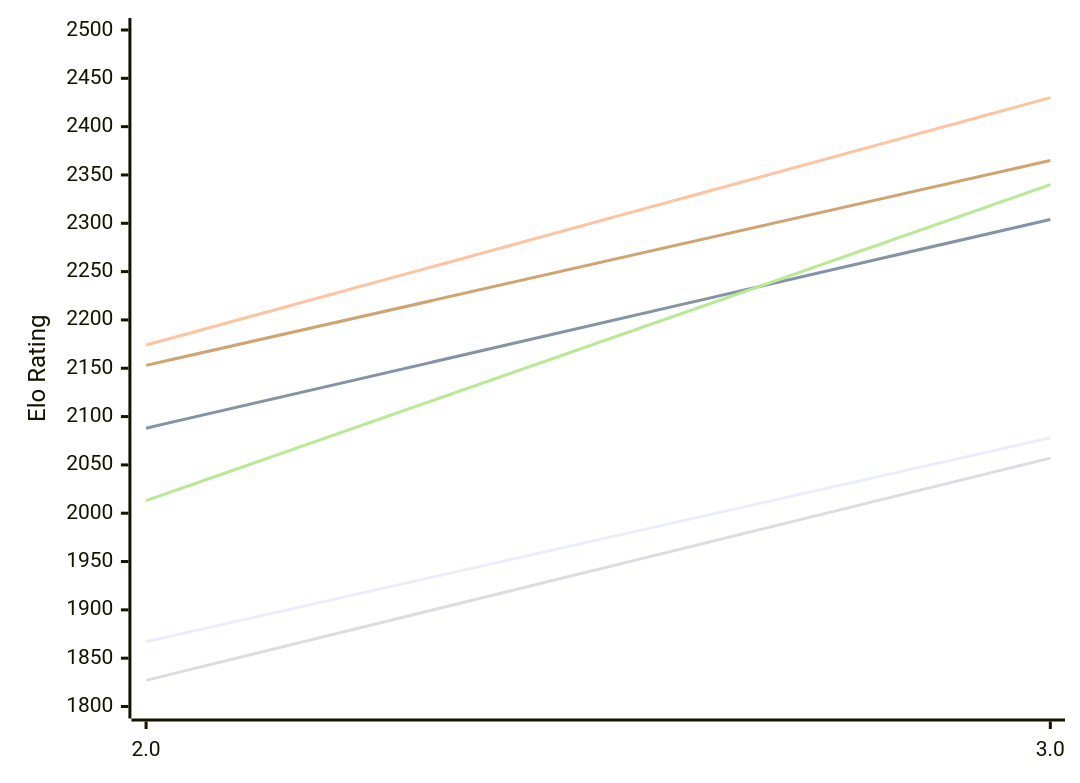
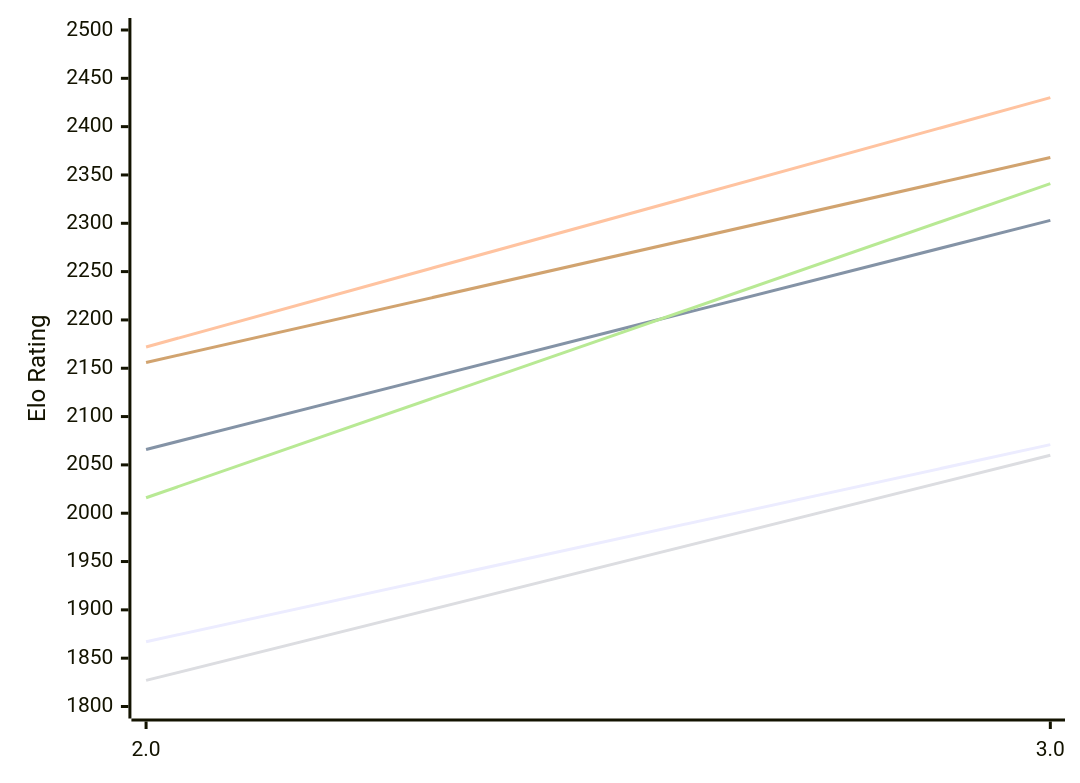
Before and after one commit to computer-chess-index/cci: the first of 2 diagrams in engines/Zeno.md, drawn with Mermaid. The commit also changed other lines of this file, not shown here.

Commit message:
Update CCI Ratings (ELO VLTC) - 2026-11-28

````diff
--- a/engines/Zeno.md
+++ b/engines/Zeno.md
@@ -50,12 +50,12 @@
 ```mermaid
 %%{init: {"theme":"base","themeVariables":{"seriesColors:['#a3a3a3','#222221','#faa371']}}}%%
 xychart-beta
   x-axis ["2.0", "3.0"]
   y-axis "Elo Rating" 1800 --> 2500
-  line "E1: STC (8.0+0.08s)" [1867, 2078]
-  line "E1: LTC (60.0+0.60s)" [2088, 2304]
-  line "E1: VLTC (2m24s+1.12s)" [2174, 2430]
-  line "P1: STC (8.0+0.08s)" [1827, 2057]
-  line "P1: LTC (60.0+0.60s)" [2013, 2340]
-  line "P1: VLTC (2m24s+1.12s)" [2153, 2365]
+  line "E1: STC (8.0+0.08s)" [1867, 2071]
+  line "E1: LTC (60.0+0.60s)" [2066, 2303]
+  line "E1: VLTC (2m24s+1.12s)" [2172, 2430]
+  line "P1: STC (8.0+0.08s)" [1827, 2060]
+  line "P1: LTC (60.0+0.60s)" [2016, 2341]
+  line "P1: VLTC (2m24s+1.12s)" [2156, 2368]
 ```
````
